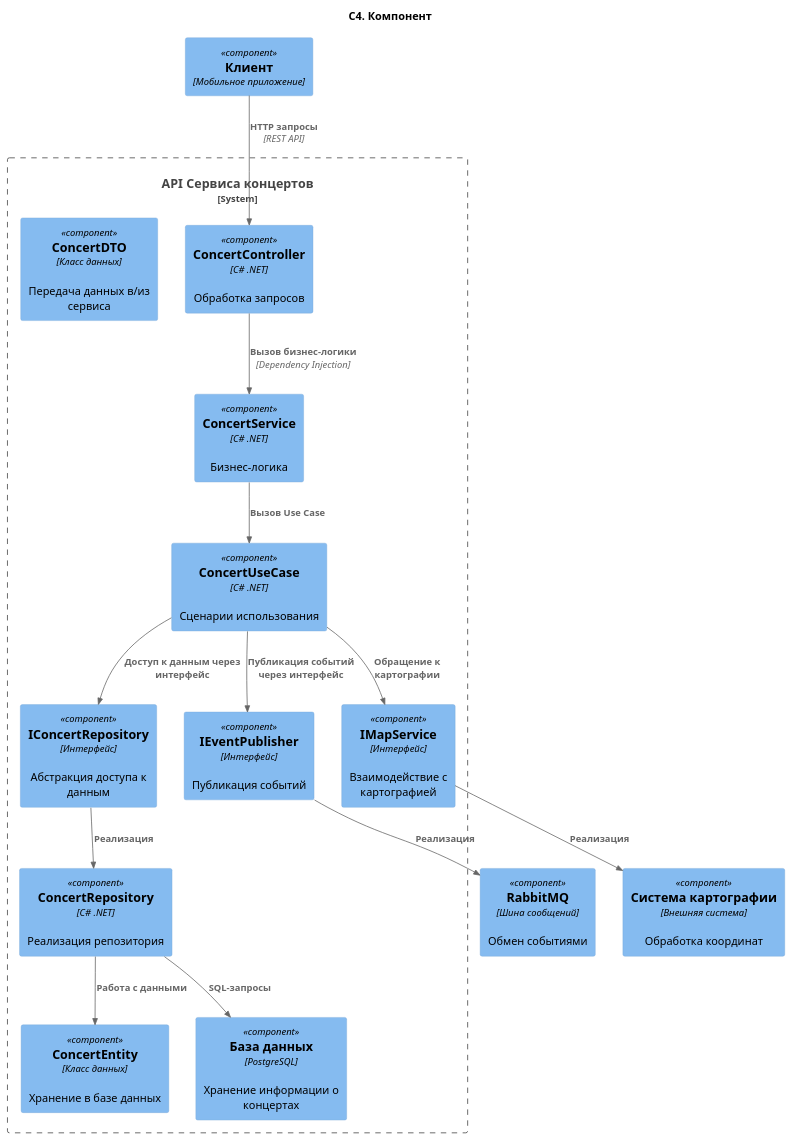
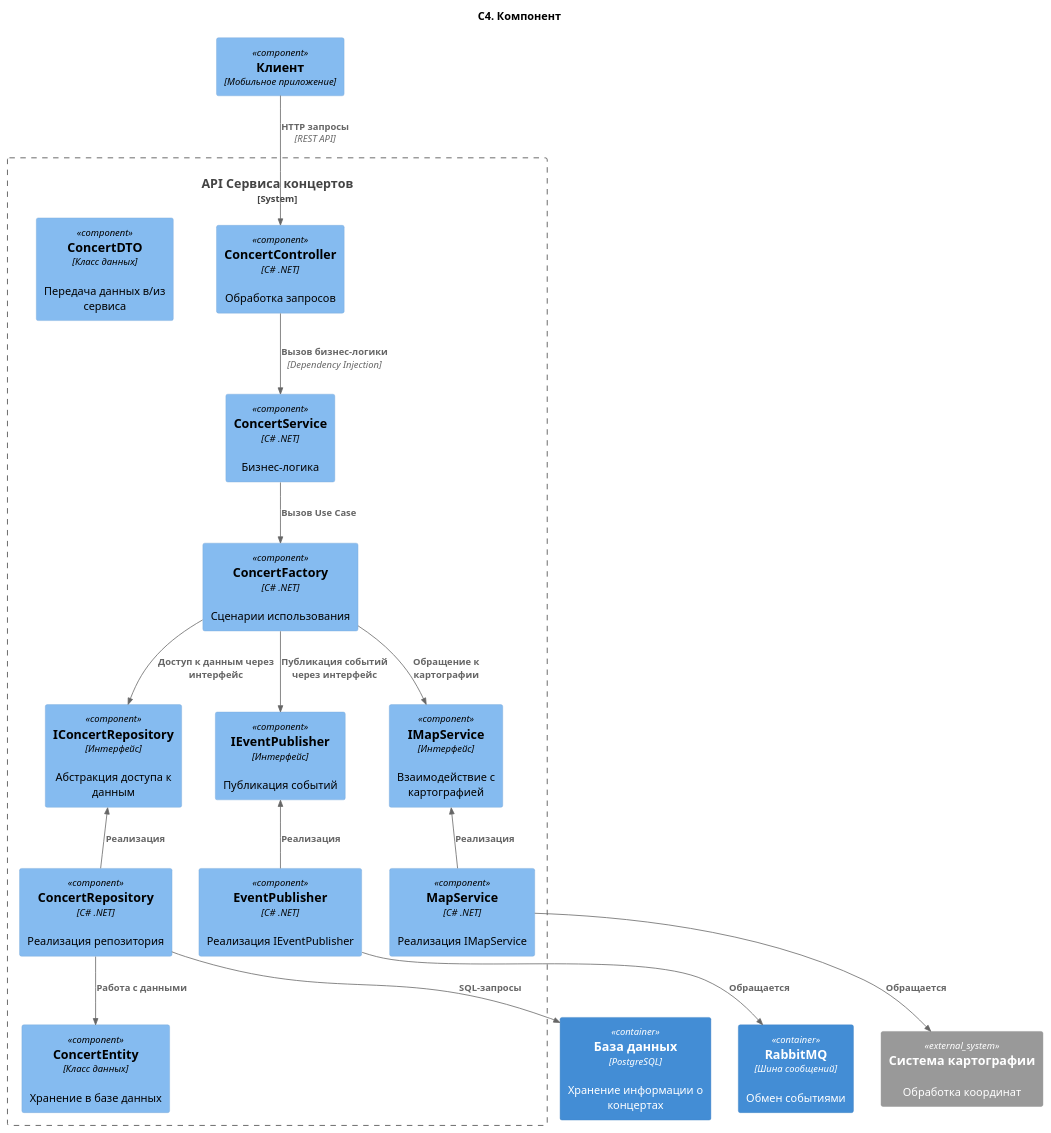
One commit to amfunNylord/rtpo changed the diagram in 2. Технический проект/3_component.puml. Above: the diagram before and after it, drawn with PlantUML. The commit also changed 3 other files, not shown here.

```diff
--- a/2. Технический проект/3_component.puml
+++ b/2. Технический проект/3_component.puml
@@ -1,39 +1,43 @@
 @startuml C4. Компонент
 
 title C4. Компонент
 
 !include https://raw.githubusercontent.com/plantuml-stdlib/C4-PlantUML/master/C4_Component.puml
 
 System_Boundary(ConcertService_Boundary, "API Сервиса концертов") {
     Component(concertController, "ConcertController", "C# .NET", "Обработка запросов")
     Component(concertService, "ConcertService", "C# .NET", "Бизнес-логика")
-    Component(concertUseCase, "ConcertUseCase", "C# .NET", "Сценарии использования")
+    Component(concertFactory, "ConcertFactory", "C# .NET", "Сценарии использования")
 
     Component(concertRepositoryInterface, "IConcertRepository", "Интерфейс", "Абстракция доступа к данным")
     Component(concertRepository, "ConcertRepository", "C# .NET", "Реализация репозитория")
     Component(concertEntity, "ConcertEntity", "Класс данных", "Хранение в базе данных")
     Component(concertDTO, "ConcertDTO", "Класс данных", "Передача данных в/из сервиса")
-    Component(concertDB, "База данных", "PostgreSQL", "Хранение информации о концертах")
     Component(eventPublisherInterface, "IEventPublisher", "Интерфейс", "Публикация событий")
     Component(mapServiceInterface, "IMapService", "Интерфейс", "Взаимодействие с картографией")
+    Component(eventPublisher, "EventPublisher", "C# .NET", "Реализация IEventPublisher")
+    Component(mapService, "MapService", "C# .NET", "Реализация IMapService")
 }
-
-Component(mapSystem, "Система картографии", "Внешняя система", "Обработка координат")
-Component(rabbitmq, "RabbitMQ", "Шина сообщений", "Обмен событиями")
+Container(concertDB, "База данных", "PostgreSQL", "Хранение информации о концертах")
+System_Ext(mapSystem, "Система картографии", "Обработка координат")
+Container(rabbitmq, "RabbitMQ", "Шина сообщений", "Обмен событиями")
 
 Rel(concertController, concertService, "Вызов бизнес-логики", "Dependency Injection")
-Rel(concertService, concertUseCase, "Вызов Use Case")
-Rel(concertUseCase, concertRepositoryInterface, "Доступ к данным через интерфейс")
-Rel(concertUseCase, eventPublisherInterface, "Публикация событий через интерфейс")
-Rel(concertUseCase, mapServiceInterface, "Обращение к картографии")
+Rel(concertService, concertFactory, "Вызов Use Case")
+Rel(concertFactory, concertRepositoryInterface, "Доступ к данным через интерфейс")
+Rel(concertFactory, eventPublisherInterface, "Публикация событий через интерфейс")
+Rel(concertFactory, mapServiceInterface, "Обращение к картографии")
 
-Rel(concertRepositoryInterface, concertRepository, "Реализация")
+Rel_U(concertRepository, concertRepositoryInterface, "Реализация")
 Rel(concertRepository, concertEntity, "Работа с данными")
 Rel(concertRepository, concertDB, "SQL-запросы")
-Rel(eventPublisherInterface, rabbitmq, "Реализация")
-Rel(mapServiceInterface, mapSystem, "Реализация")
 
 Component(concertMicroservice, "Клиент", "Мобильное приложение")
 Rel(concertMicroservice, concertController, "HTTP запросы", "REST API")
 
+Rel_U(eventPublisher, eventPublisherInterface, "Реализация")
+Rel(eventPublisher, rabbitmq, "Обращается")
+Rel_U(mapService, mapServiceInterface, "Реализация")
+Rel(mapService, mapSystem, "Обращается")
+
 @enduml
```
